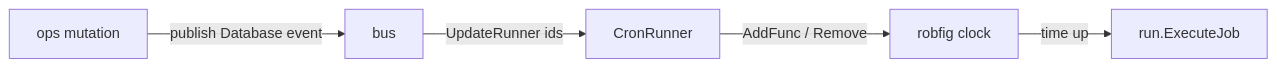
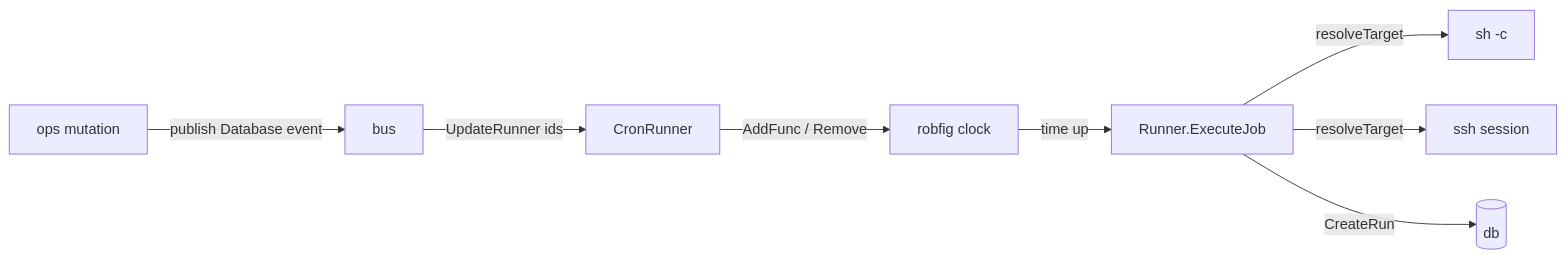
The diagram in docs/cron.md (tduncan96/ritual), drawn with Mermaid before and after one commit. The commit also changed other lines of this file and 11 other files, not shown here.

````diff
--- a/docs/cron.md
+++ b/docs/cron.md
@@ -38,7 +68,9 @@
 ```mermaid
 flowchart LR
     OPS[ops mutation] -->|publish Database event| BUS[bus]
     BUS -->|UpdateRunner ids| CR[CronRunner]
     CR -->|AddFunc / Remove| ROBFIG[robfig clock]
-    ROBFIG -->|time up| RUN[run.ExecuteJob]
+    ROBFIG -->|time up| EXE[Runner.ExecuteJob]
+    EXE -->|resolveTarget| LOCAL[sh -c] & SSH[ssh session]
+    EXE -->|CreateRun| DB[(db)]
 ```
````
